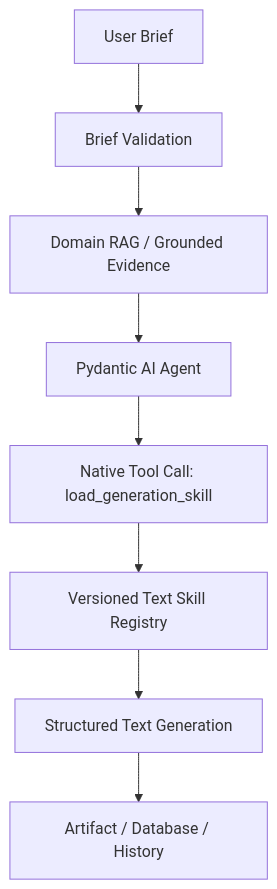
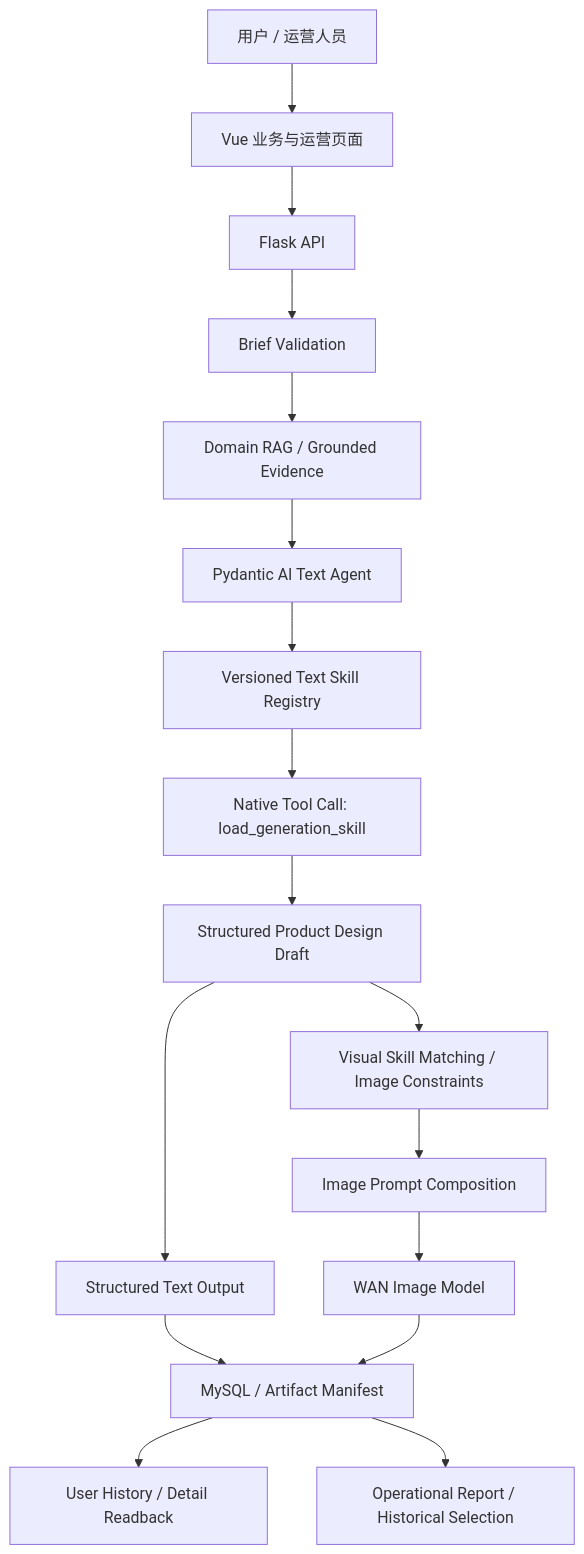
One commit to cecilia10445/smart-cultural-platform changed the diagram in README.md. Above: the diagram before and after it, drawn with Mermaid. The commit also changed other lines of this file, not shown here.

Commit message:
docs: refine target controlled AI agent architecture

````diff
--- a/README.md
+++ b/README.md
@@ -24,10 +22,19 @@
 ```mermaid
 flowchart TD
-    A[User Brief] --> B[Brief Validation]
-    B --> C[Domain RAG / Grounded Evidence]
-    C --> D[Pydantic AI Agent]
-    D --> E[Native Tool Call: load_generation_skill]
-    E --> F[Versioned Text Skill Registry]
-    F --> G[Structured Text Generation]
-    G --> H[Artifact / Database / History]
+    U[用户 / 运营人员] --> FE[Vue 业务与运营页面]
+    FE --> API[Flask API]
+    API --> BV[Brief Validation]
+    BV --> RAG[Domain RAG / Grounded Evidence]
+    RAG --> TA[Pydantic AI Text Agent]
+    TA --> TC[Versioned Text Skill Registry]
+    TC --> T1[Native Tool Call: load_generation_skill]
+    T1 --> PD[Structured Product Design Draft]
+    PD --> VM[Visual Skill Matching / Image Constraints]
+    VM --> IP[Image Prompt Composition]
+    IP --> WAN[WAN Image Model]
+    PD --> OUT[Structured Text Output]
+    OUT --> DB[MySQL / Artifact Manifest]
+    WAN --> DB
+    DB --> UH[User History / Detail Readback]
+    DB --> OR[Operational Report / Historical Selection]
 ```
````
